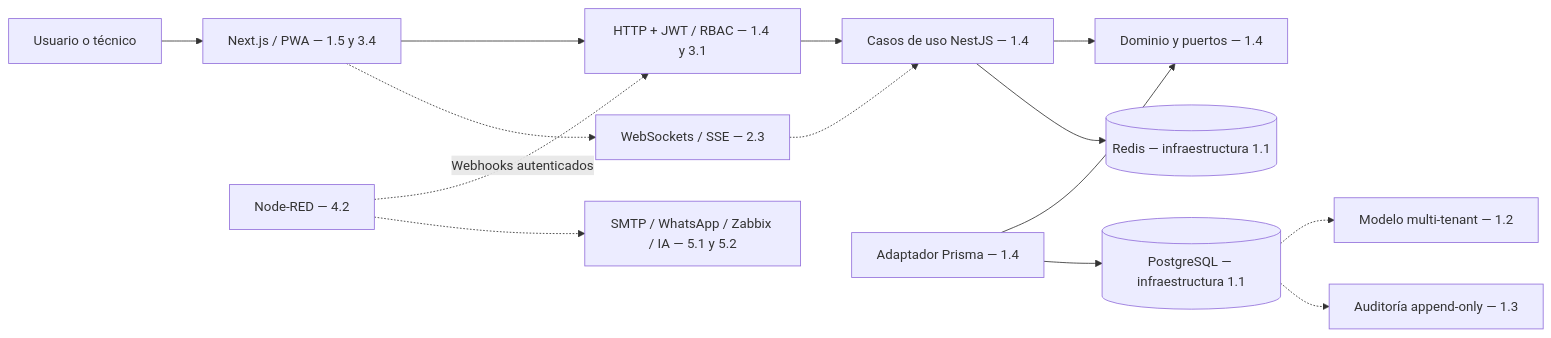
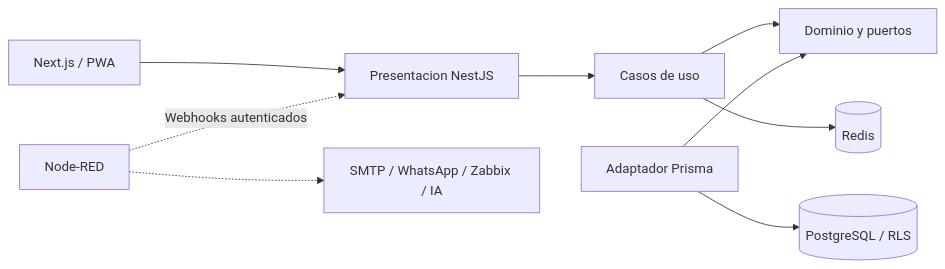
Before and after one commit to C-David28/essalud-ticket-system: the first of 2 diagrams in README.md, drawn with Mermaid. The commit also changed other lines of this file and 17 other files, not shown here.

Commit message:
feat(db): add multi-tenant organizational schema and isolation checks

````diff
--- a/README.md
+++ b/README.md
@@ -13,16 +42,11 @@
 ```mermaid
 flowchart LR
-  U[Usuario o técnico] --> WEB[Next.js / PWA — 1.5 y 3.4]
-  WEB --> HTTP[HTTP + JWT / RBAC — 1.4 y 3.1]
-  HTTP --> UC[Casos de uso NestJS — 1.4]
-  UC --> DOM[Dominio y puertos — 1.4]
-  ADAPT[Adaptador Prisma — 1.4] --> DOM
-  ADAPT --> PG[(PostgreSQL — infraestructura 1.1)]
-  UC --> CACHE[(Redis — infraestructura 1.1)]
-  PG -.-> TENANT[Modelo multi-tenant — 1.2]
-  PG -.-> AUDIT[Auditoría append-only — 1.3]
-  WEB -.-> RT[WebSockets / SSE — 2.3]
-  RT -.-> UC
-  NR[Node-RED — 4.2] -. Webhooks autenticados .-> HTTP
-  NR -.-> EXT[SMTP / WhatsApp / Zabbix / IA — 5.1 y 5.2]
+  WEB[Next.js / PWA] --> API[Presentacion NestJS]
+  API --> APP[Casos de uso]
+  APP --> DOM[Dominio y puertos]
+  PRISMA[Adaptador Prisma] --> DOM
+  PRISMA --> PG[(PostgreSQL / RLS)]
+  APP --> REDIS[(Redis)]
+  NR[Node-RED] -. Webhooks autenticados .-> API
+  NR -.-> INT[SMTP / WhatsApp / Zabbix / IA]
 ```
````
